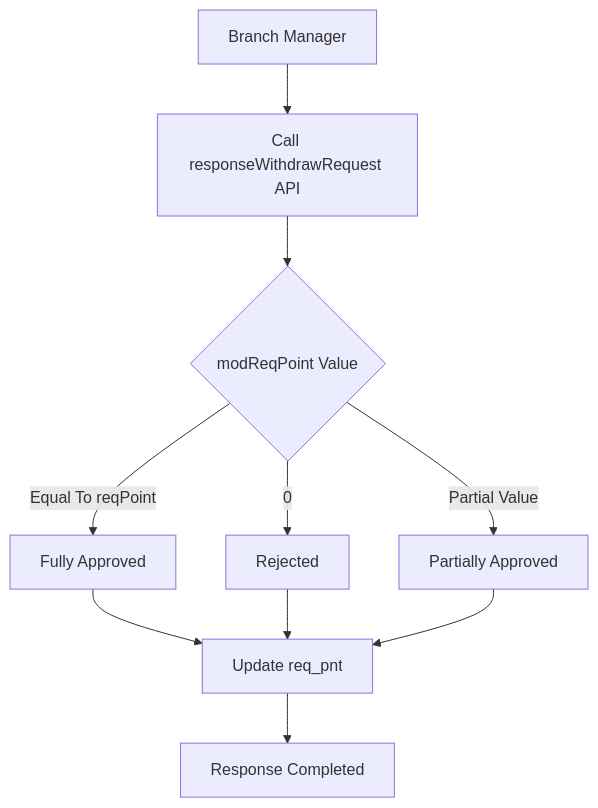
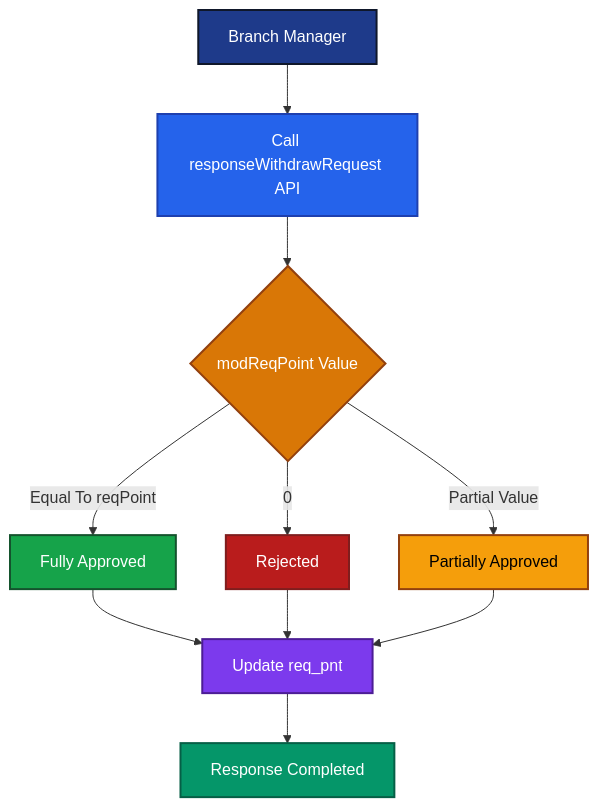
Before and after one commit to KSW-IT/point-flow-documentation: the fifth of 6 diagrams in Point_Flow.md, drawn with Mermaid. The commit also changed other lines of this file, not shown here.

````diff
--- a/Point_Flow.md
+++ b/Point_Flow.md
@@ -303,22 +337,32 @@
 ```mermaid
 flowchart TD
 
     A[Branch Manager]
     --> B[Call responseWithdrawRequest API]
 
     B --> C{modReqPoint Value}
 
     C -->|Equal To reqPoint| D[Fully Approved]
 
     C -->|0| E[Rejected]
 
     C -->|Partial Value| F[Partially Approved]
 
     D --> G[Update req_pnt]
 
     E --> G
 
     F --> G
 
     G --> H[Response Completed]
+
+    %% Styles
+    style A fill:#1E3A8A,color:#ffffff,stroke:#0F172A,stroke-width:2px
+    style B fill:#2563EB,color:#ffffff,stroke:#1E40AF,stroke-width:2px
+    style C fill:#D97706,color:#ffffff,stroke:#92400E,stroke-width:2px
+    style D fill:#16A34A,color:#ffffff,stroke:#14532D,stroke-width:2px
+    style E fill:#B91C1C,color:#ffffff,stroke:#7F1D1D,stroke-width:2px
+    style F fill:#F59E0B,color:#000000,stroke:#92400E,stroke-width:2px
+    style G fill:#7C3AED,color:#ffffff,stroke:#4C1D95,stroke-width:2px
+    style H fill:#059669,color:#ffffff,stroke:#065F46,stroke-width:2px
 ```
````
